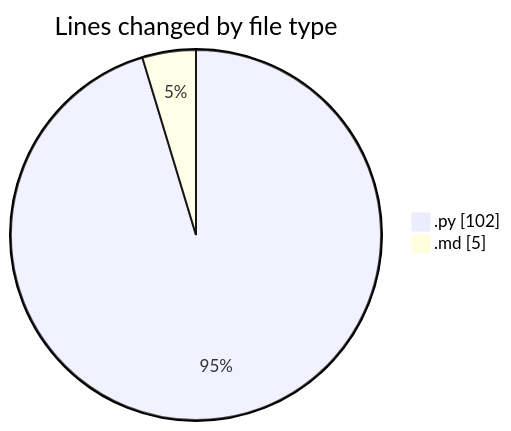
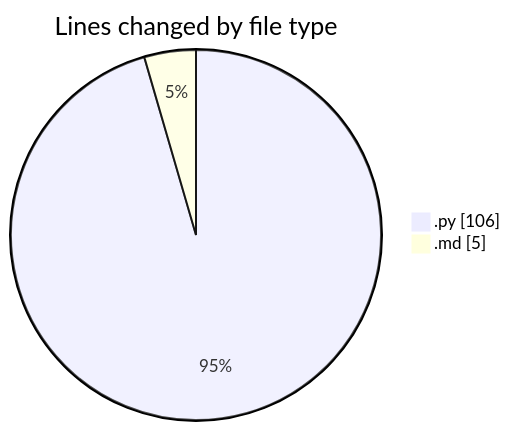
One commit to Ritupan-Deka/code-tracking changed the first of 2 diagrams in 2026-01-10/dsa/README.md. Above: the diagram before and after it, drawn with Mermaid. The commit also changed other lines of this file and 1 other file, not shown here.

````diff
--- a/2026-01-10/dsa/README.md
+++ b/2026-01-10/dsa/README.md
@@ -21,6 +21,6 @@
 ```mermaid
 pie showData
 title Lines changed by file type
-".py" : 102
+".py" : 106
 ".md" : 5
 ```
````
